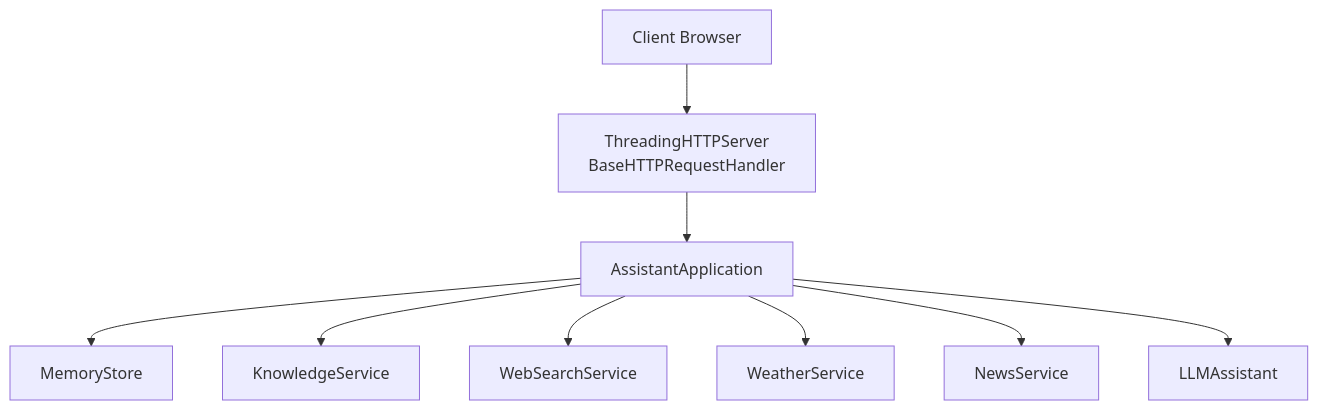
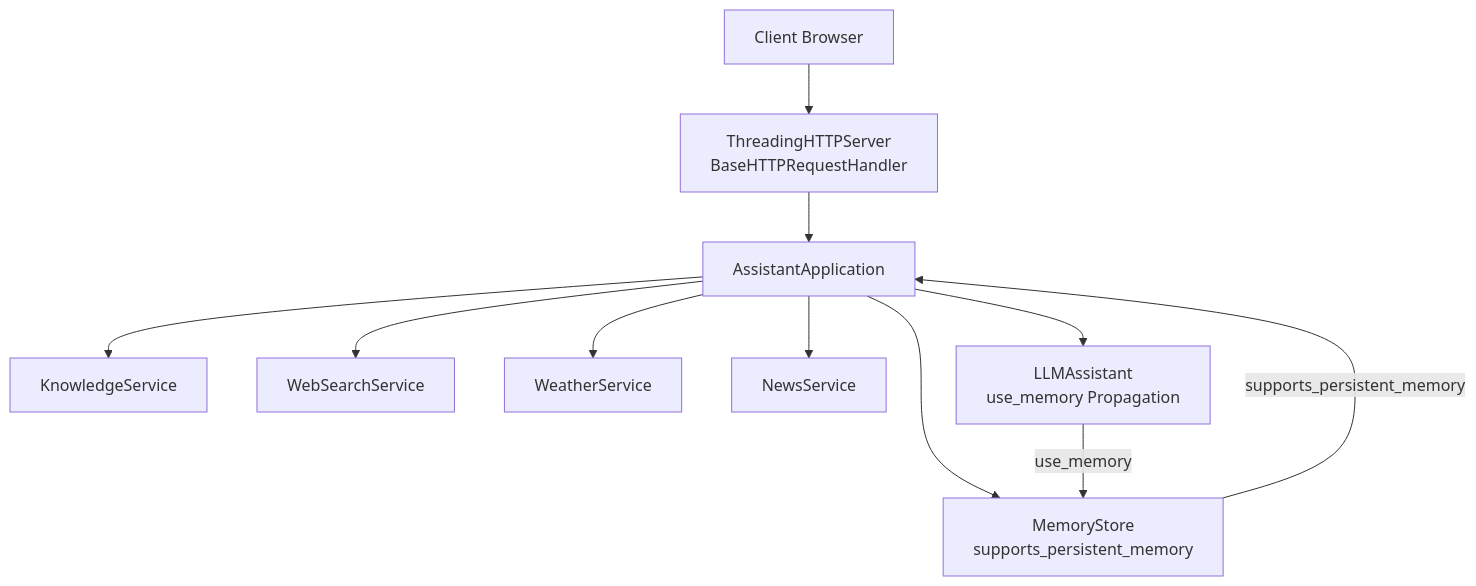
The second of 11 diagrams in .qoder/repowiki/en/content/System Architecture/Backend Architecture/Backend Architecture.md (Sovetsky-Soyuz/AI-Assistant), drawn with Mermaid before and after one commit. The commit also changed other lines of this file and 15 other files, not shown here.

````diff
--- a/.qoder/repowiki/en/content/System Architecture/Backend Architecture/Backend Architecture.md
+++ b/.qoder/repowiki/en/content/System Architecture/Backend Architecture/Backend Architecture.md
@@ -119,20 +129,22 @@
 ```mermaid
 graph TB
 C["Client Browser"]
 H["ThreadingHTTPServer<br/>BaseHTTPRequestHandler"]
 APP["AssistantApplication"]
-MS["MemoryStore"]
+MS["MemoryStore<br/>supports_persistent_memory"]
 KBS["KnowledgeService"]
 WSS["WebSearchService"]
 WTHR["WeatherService"]
 NEWS["NewsService"]
-LLM["LLMAssistant"]
+LLM["LLMAssistant<br/>use_memory Propagation"]
 C --> H
 H --> APP
 APP --> MS
 APP --> KBS
 APP --> WSS
 APP --> WTHR
 APP --> NEWS
 APP --> LLM
+MS --> |"supports_persistent_memory"| APP
+LLM --> |"use_memory"| MS
 ```
````
